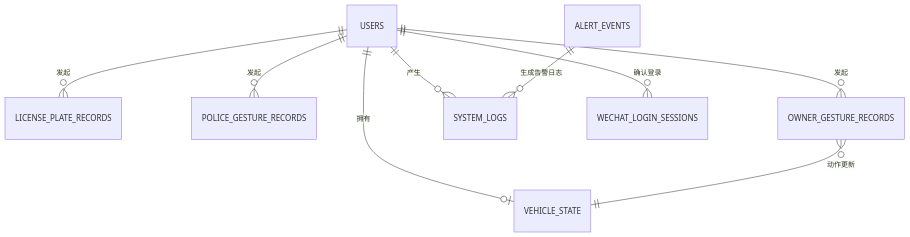
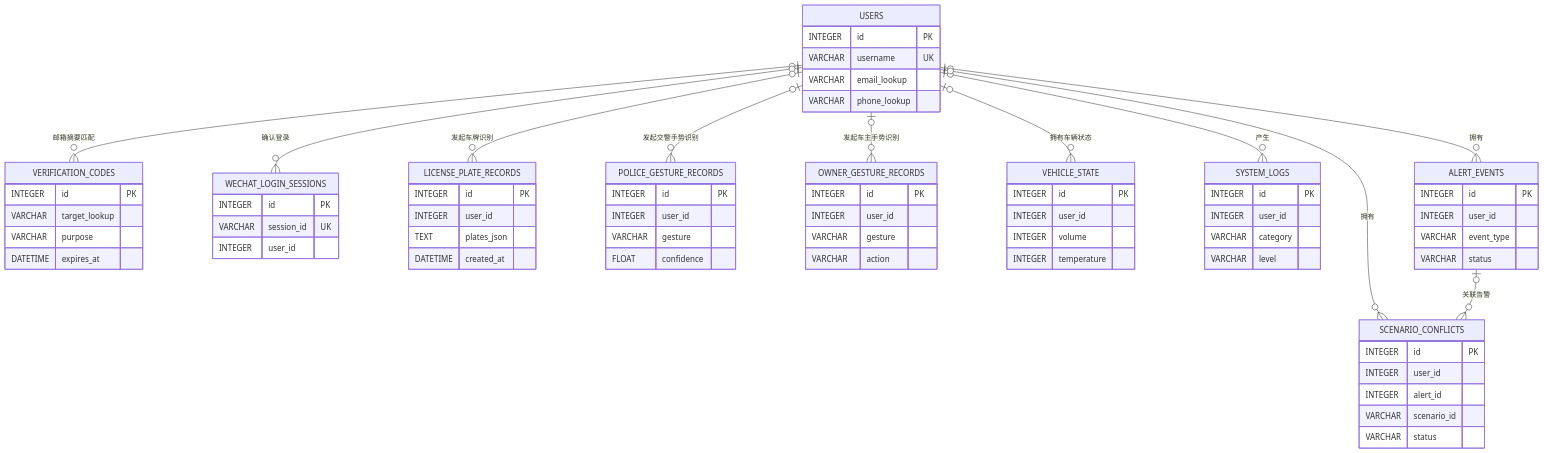
The diagram in docs/数据库表设计.md (sleep399/-), drawn with Mermaid before and after one commit. The commit also changed other lines of this file and 1 other file, not shown here.

Commit message:
docs: update database schema and ER diagram

````diff
--- a/docs/数据库表设计.md
+++ b/docs/数据库表设计.md
@@ -145,11 +191,74 @@
 ```mermaid
 erDiagram
-    USERS ||--o{ LICENSE_PLATE_RECORDS : "发起"
-    USERS ||--o{ POLICE_GESTURE_RECORDS : "发起"
-    USERS ||--o{ OWNER_GESTURE_RECORDS : "发起"
-    USERS ||--o{ SYSTEM_LOGS : "产生"
-    USERS ||--o| VEHICLE_STATE : "拥有"
-    USERS ||--o{ WECHAT_LOGIN_SESSIONS : "确认登录"
-    OWNER_GESTURE_RECORDS }o--|| VEHICLE_STATE : "动作更新"
-    ALERT_EVENTS ||--o{ SYSTEM_LOGS : "生成告警日志"
+    USERS {
+        INTEGER id PK
+        VARCHAR username UK
+        VARCHAR email_lookup
+        VARCHAR phone_lookup
+    }
+    VERIFICATION_CODES {
+        INTEGER id PK
+        VARCHAR target_lookup
+        VARCHAR purpose
+        DATETIME expires_at
+    }
+    WECHAT_LOGIN_SESSIONS {
+        INTEGER id PK
+        VARCHAR session_id UK
+        INTEGER user_id
+    }
+    LICENSE_PLATE_RECORDS {
+        INTEGER id PK
+        INTEGER user_id
+        TEXT plates_json
+        DATETIME created_at
+    }
+    POLICE_GESTURE_RECORDS {
+        INTEGER id PK
+        INTEGER user_id
+        VARCHAR gesture
+        FLOAT confidence
+    }
+    OWNER_GESTURE_RECORDS {
+        INTEGER id PK
+        INTEGER user_id
+        VARCHAR gesture
+        VARCHAR action
+    }
+    VEHICLE_STATE {
+        INTEGER id PK
+        INTEGER user_id
+        INTEGER volume
+        INTEGER temperature
+    }
+    SYSTEM_LOGS {
+        INTEGER id PK
+        INTEGER user_id
+        VARCHAR category
+        VARCHAR level
+    }
+    ALERT_EVENTS {
+        INTEGER id PK
+        INTEGER user_id
+        VARCHAR event_type
+        VARCHAR status
+    }
+    SCENARIO_CONFLICTS {
+        INTEGER id PK
+        INTEGER user_id
+        INTEGER alert_id
+        VARCHAR scenario_id
+        VARCHAR status
+    }
+
+    USERS o|--o{ VERIFICATION_CODES : "邮箱摘要匹配"
+    USERS o|--o{ WECHAT_LOGIN_SESSIONS : "确认登录"
+    USERS o|--o{ LICENSE_PLATE_RECORDS : "发起车牌识别"
+    USERS o|--o{ POLICE_GESTURE_RECORDS : "发起交警手势识别"
+    USERS o|--o{ OWNER_GESTURE_RECORDS : "发起车主手势识别"
+    USERS o|--o{ VEHICLE_STATE : "拥有车辆状态"
+    USERS o|--o{ SYSTEM_LOGS : "产生"
+    USERS o|--o{ ALERT_EVENTS : "拥有"
+    USERS o|--o{ SCENARIO_CONFLICTS : "拥有"
+    ALERT_EVENTS o|--o{ SCENARIO_CONFLICTS : "关联告警"
 ```
````
